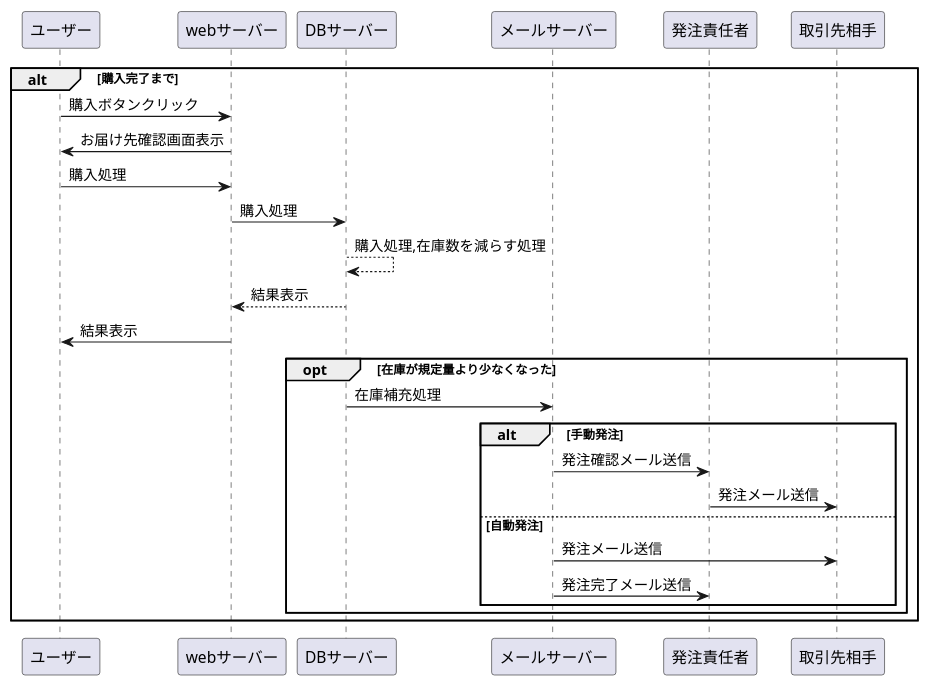
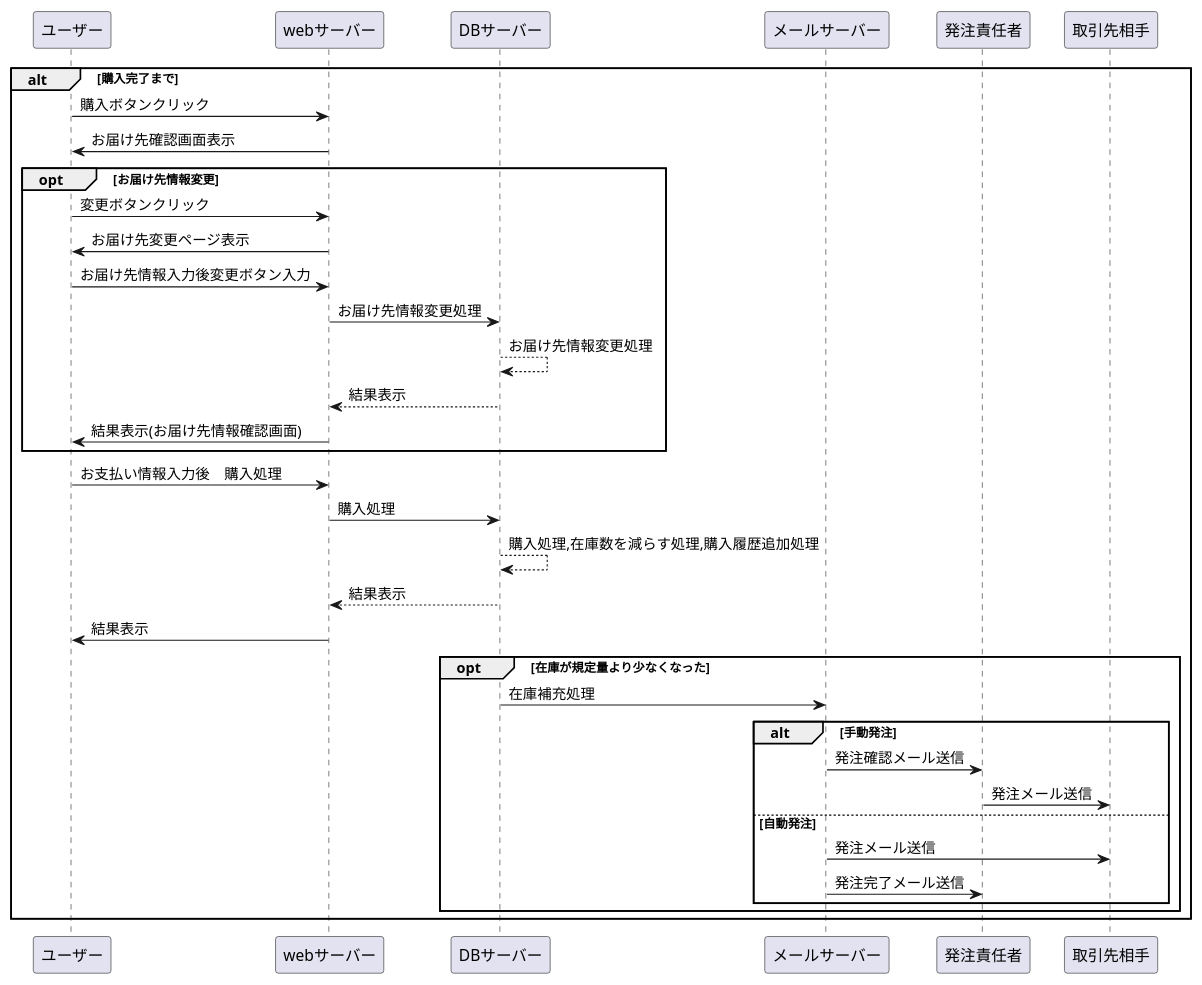
One commit to aso2001036/kaihatu changed the diagram in 業務フロー図/flow2.md. Above: the diagram before and after it, drawn with PlantUML.

````diff
--- a/業務フロー図/flow2.md
+++ b/業務フロー図/flow2.md
@@ -1,26 +1,35 @@
 ```uml
 @startuml
 alt 購入完了まで
 
 ユーザー -> webサーバー : 購入ボタンクリック
 webサーバー -> ユーザー : お届け先確認画面表示
 
+opt お届け先情報変更
+ユーザー -> webサーバー : 変更ボタンクリック
+webサーバー -> ユーザー : お届け先変更ページ表示
+ユーザー -> webサーバー : お届け先情報入力後変更ボタン入力
+webサーバー -> DBサーバー: お届け先情報変更処理
+DBサーバー --> DBサーバー : お届け先情報変更処理
+DBサーバー --> webサーバー: 結果表示
+webサーバー -> ユーザー : 結果表示(お届け先情報確認画面)
+end
 
-ユーザー -> webサーバー : 購入処理
+ユーザー -> webサーバー : お支払い情報入力後　購入処理
 webサーバー -> DBサーバー: 購入処理
-DBサーバー --> DBサーバー : 購入処理,在庫数を減らす処理
+DBサーバー --> DBサーバー : 購入処理,在庫数を減らす処理,購入履歴追加処理
 DBサーバー --> webサーバー: 結果表示
 webサーバー -> ユーザー : 結果表示
 opt 在庫が規定量より少なくなった
 DBサーバー -> メールサーバー : 在庫補充処理
 alt 手動発注
 メールサーバー -> 発注責任者 : 発注確認メール送信
 発注責任者 -> 取引先相手 : 発注メール送信
 else 自動発注
 メールサーバー -> 取引先相手 : 発注メール送信
 メールサーバー -> 発注責任者 : 発注完了メール送信
 end
 end
 end
 @enduml
 ```
````
